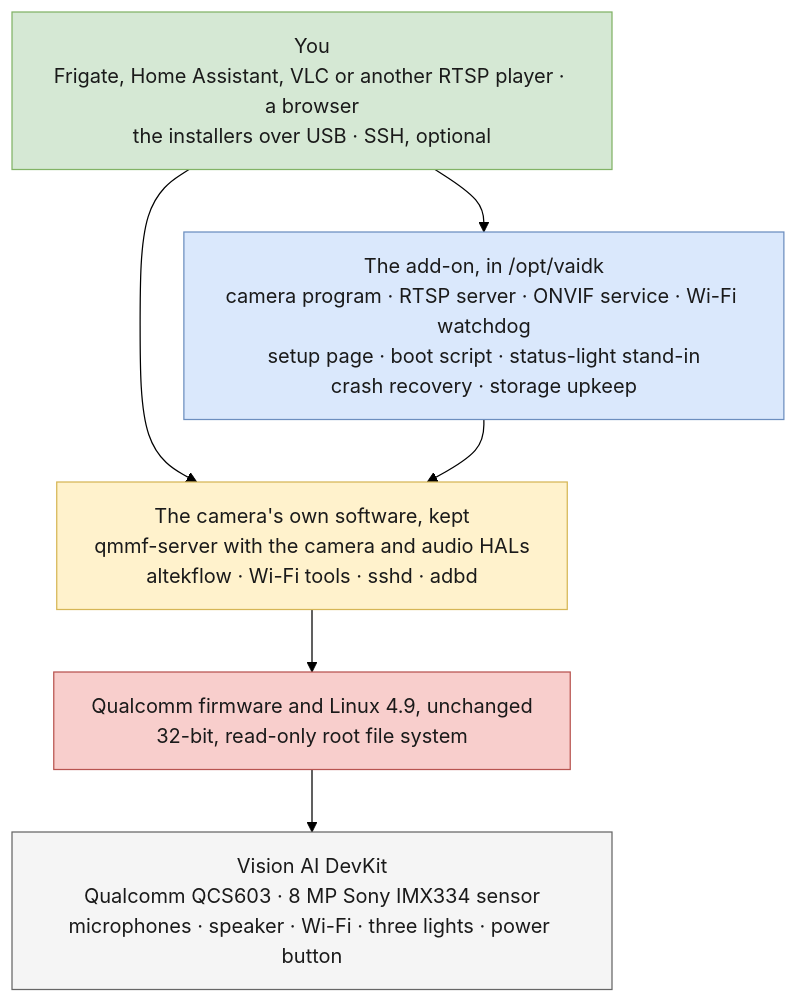
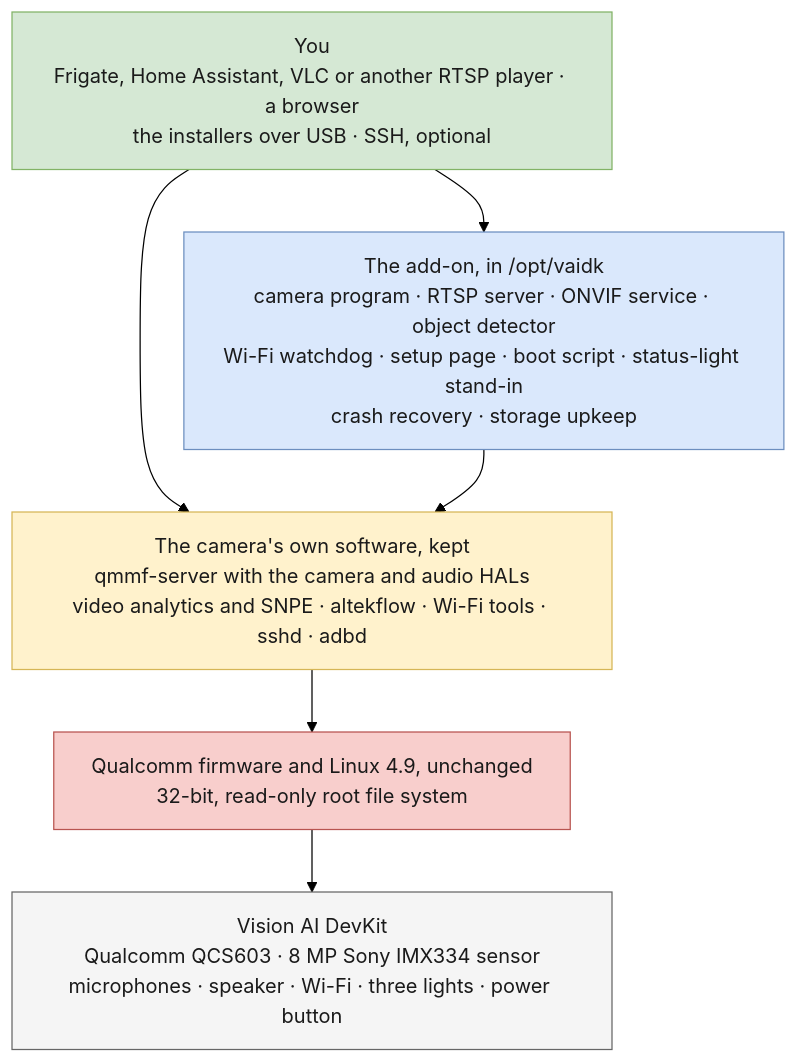
Before and after one commit to howardginsburg/VisionAIDevKitRTSP: the first of 10 diagrams in ARCHITECTURE.md, drawn with Mermaid (forest theme). The commit also changed other lines of this file and 28 other files, not shown here.

````diff
--- a/ARCHITECTURE.md
+++ b/ARCHITECTURE.md
@@ -25,24 +25,24 @@
 ```mermaid
 %%{init: {"flowchart": {"wrappingWidth": 420}}}%%
 flowchart TB
     you["You<br/>Frigate, Home Assistant, VLC or another RTSP player · a browser<br/>the installers over USB · SSH, optional"]
-    addon["The add-on, in /opt/vaidk<br/>camera program · RTSP server · ONVIF service · Wi-Fi watchdog<br/>setup page · boot script · status-light stand-in<br/>crash recovery · storage upkeep"]
-    vendor["The camera's own software, kept<br/>qmmf-server with the camera and audio HALs<br/>altekflow · Wi-Fi tools · sshd · adbd"]
+    addon["The add-on, in /opt/vaidk<br/>camera program · RTSP server · ONVIF service · object detector<br/>Wi-Fi watchdog · setup page · boot script · status-light stand-in<br/>crash recovery · storage upkeep"]
+    vendor["The camera's own software, kept<br/>qmmf-server with the camera and audio HALs<br/>video analytics and SNPE · altekflow · Wi-Fi tools · sshd · adbd"]
     fw["Qualcomm firmware and Linux 4.9, unchanged<br/>32-bit, read-only root file system"]
     hw["Vision AI DevKit<br/>Qualcomm QCS603 · 8 MP Sony IMX334 sensor<br/>microphones · speaker · Wi-Fi · three lights · power button"]
     you --> addon
     you --> vendor
     addon --> vendor
     vendor --> fw
     fw --> hw
     classDef use fill:#d5e8d4,stroke:#82b366,color:#1a1a1a
     classDef mod fill:#dae8fc,stroke:#6c8ebf,color:#1a1a1a
     classDef os fill:#fff2cc,stroke:#d6b656,color:#1a1a1a
     classDef locked fill:#f8cecc,stroke:#b85450,color:#1a1a1a
     classDef hard fill:#f5f5f5,stroke:#666666,color:#1a1a1a
     class you use
     class addon mod
     class vendor os
     class fw locked
     class hw hard
 ```
````
